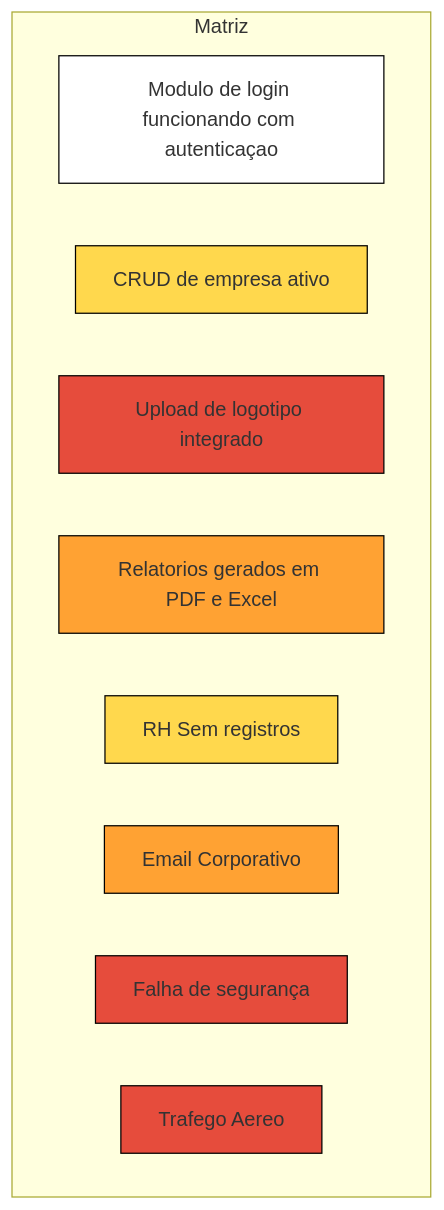
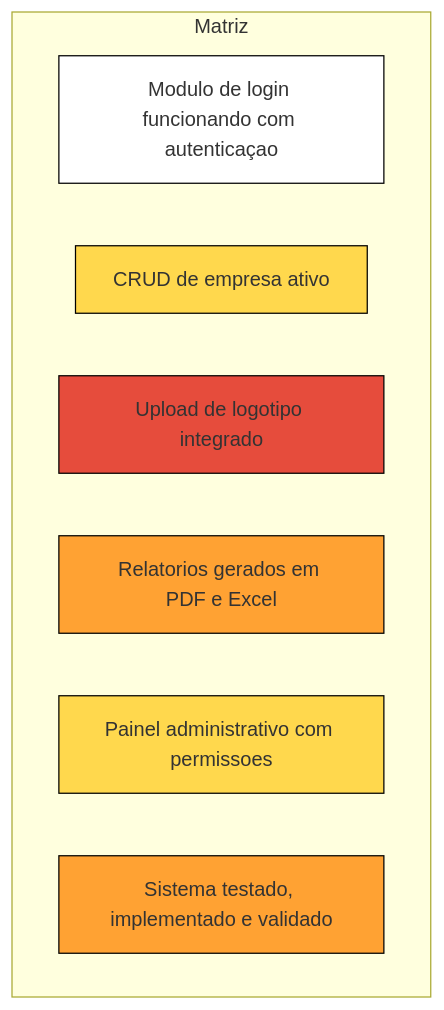
The fourth of 4 diagrams in README.md (BDlucca/Exercicio-GAPS), drawn with Mermaid before and after one commit.

````diff
--- a/README.md
+++ b/README.md
@@ -72,19 +72,17 @@
 ```mermaid
 graph TD
   subgraph Matriz
     A1["Modulo de login funcionando com autenticaçao"]:::branco
     B2["CRUD de empresa ativo"]:::amarelo
     C4["Upload de logotipo integrado"]:::vermelho
     D3["Relatorios gerados em PDF e Excel"]:::laranja
-    E2["RH Sem registros"]:::amarelo
-    F3["Email Corporativo"]:::laranja
-    G4["Falha de segurança"]:::vermelho
-    H4["Trafego Aereo"]:::vermelho
+    E2["Painel administrativo com permissoes"]:::amarelo
+    F3["Sistema testado, implementado e validado"]:::laranja
 end
 
 classDef branco fill:#fff,      stroke:#000,  stroke-width:1px;
 classDef amarelo fill:#FFD84D,  stroke:#000,  stroke-width:1px;
 classDef laranja fill:#FFA233,  stroke:#000,  stroke-width:1px;
 classDef vermelho fill:#E64C3C, stroke:#000,  stroke-width:1px;
 
 ```
````
